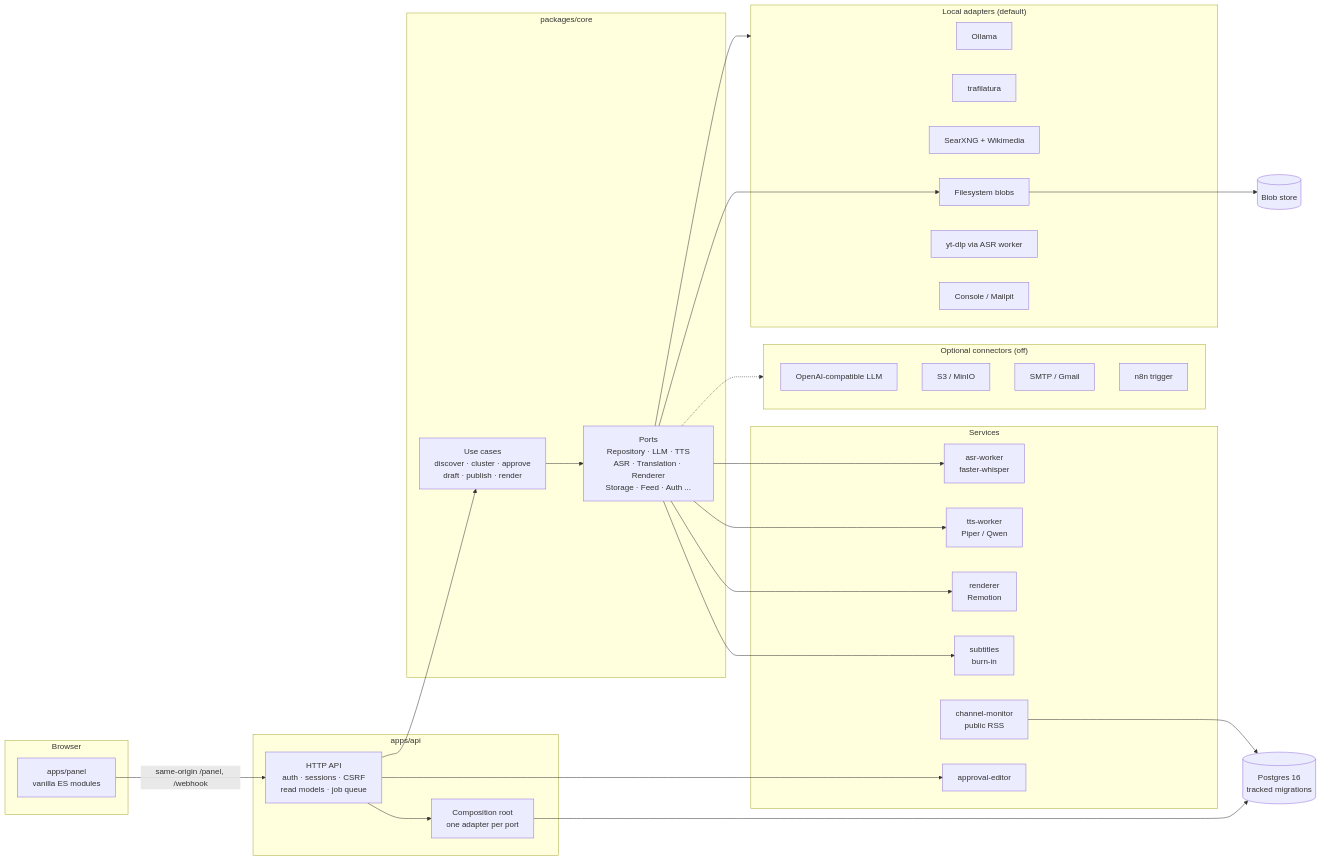
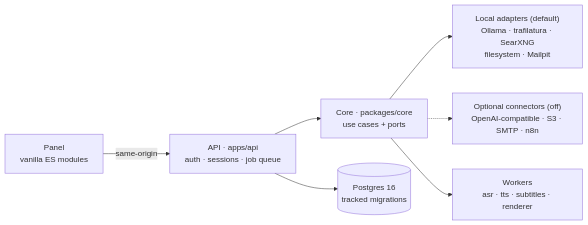
One commit to Eduardo12Pacheco/automatizacion-video-noticias changed the diagram in README.md. Above: the diagram before and after it, drawn with Mermaid. The commit also changed other lines of this file and 5 other files, not shown here.

````diff
--- a/README.md
+++ b/README.md
@@ -70,60 +77,9 @@
 ```mermaid
 flowchart LR
-    subgraph Browser
-        Panel["apps/panel<br/>vanilla ES modules"]
-    end
-
-    subgraph API["apps/api"]
-        HTTP["HTTP API<br/>auth · sessions · CSRF<br/>read models · job queue"]
-        Composition["Composition root<br/>one adapter per port"]
-    end
-
-    subgraph Core["packages/core"]
-        UC["Use cases<br/>discover · cluster · approve<br/>draft · publish · render"]
-        Ports["Ports<br/>Repository · LLM · TTS<br/>ASR · Translation · Renderer<br/>Storage · Feed · Auth ..."]
-    end
-
-    subgraph Local["Local adapters (default)"]
-        Ollama["Ollama"]
-        Extract["trafilatura"]
-        Search["SearXNG + Wikimedia"]
-        FS["Filesystem blobs"]
-        YtDlp["yt-dlp via ASR worker"]
-        MT["Console / Mailpit"]
-    end
-
-    subgraph Optional["Optional connectors (off)"]
-        OpenAI["OpenAI-compatible LLM"]
-        S3["S3 / MinIO"]
-        SMTP["SMTP / Gmail"]
-        N8N["n8n trigger"]
-    end
-
-    subgraph Services
-        ASR["asr-worker<br/>faster-whisper"]
-        TTS["tts-worker<br/>Piper / Qwen"]
-        Render["renderer<br/>Remotion"]
-        Sub["subtitles<br/>burn-in"]
-        Monitor["channel-monitor<br/>public RSS"]
-        Editor["approval-editor"]
-    end
-
-    DB[("Postgres 16<br/>tracked migrations")]
-    Blobs[("Blob store")]
-
-    Panel -->|"same-origin /panel, /webhook"| HTTP
-    HTTP --> Composition
-    HTTP --> UC
-    UC --> Ports
-    Ports --> Local
-    Ports -.-> Optional
-    Composition --> DB
-    Ports --> FS
-    FS --> Blobs
-    Ports --> ASR
-    Ports --> TTS
-    Ports --> Sub
-    Ports --> Render
-    HTTP --> Editor
-    Monitor --> DB
+    Panel["Panel<br/>vanilla ES modules"] -->|"same-origin"| API["API · apps/api<br/>auth · sessions · job queue"]
+    API --> Core["Core · packages/core<br/>use cases + ports"]
+    API --> DB[("Postgres 16<br/>tracked migrations")]
+    Core --> Local["Local adapters (default)<br/>Ollama · trafilatura · SearXNG<br/>filesystem · Mailpit"]
+    Core -.-> Optional["Optional connectors (off)<br/>OpenAI-compatible · S3 · SMTP · n8n"]
+    Core --> Workers["Workers<br/>asr · tts · subtitles · renderer"]
 ```
````
